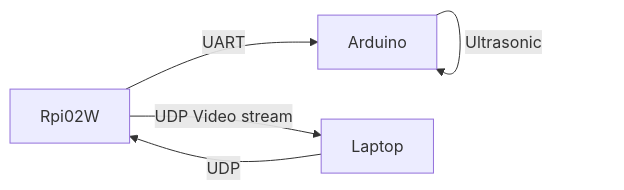
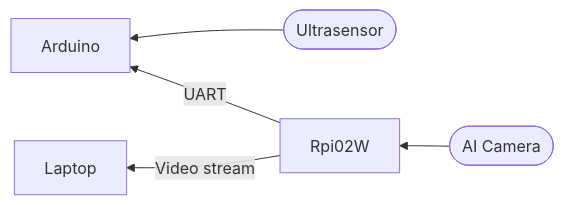
Before and after one commit to MNimbus/Auto_YOLO_Bot: the first of 2 diagrams in README.md, drawn with Mermaid. The commit also changed other lines of this file, not shown here.

Commit message:
Made changes to the flow chart, and updated project info

````diff
--- a/README.md
+++ b/README.md
@@ -16,10 +20,10 @@
 ```mermaid
-graph LR;
+graph RL;
 A[Arduino]
 B[Rpi02W]
 C[Laptop]
 B -- UART --> A
-C -- UDP --> B
-B -- UDP Video stream --> C
-A -- Ultrasonic --> A
+B --Video stream --> C
+G([AI Camera]) --> B
+Z([Ultrasensor]) --> A
 ```
````
